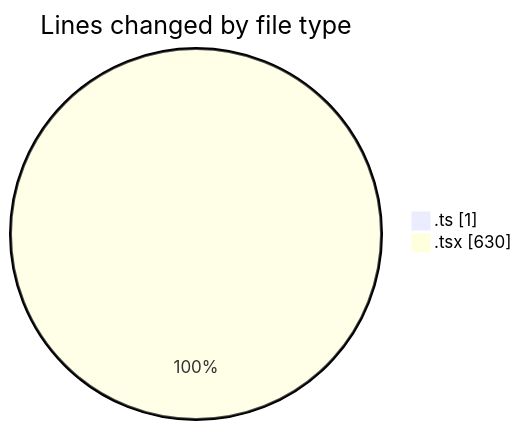
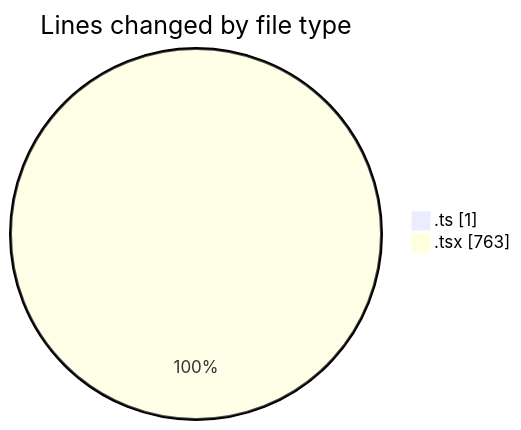
Before and after one commit to robertbonfada/code-tracking: the first of 2 diagrams in 2025-01-31/audiobooks-web/README.md, drawn with Mermaid. The commit also changed other lines of this file and 1 other file, not shown here.

````diff
--- a/2025-01-31/audiobooks-web/README.md
+++ b/2025-01-31/audiobooks-web/README.md
@@ -23,6 +24,6 @@
 ```mermaid
 pie showData
 title Lines changed by file type
 ".ts" : 1
-".tsx" : 630
+".tsx" : 763
 ```
````
